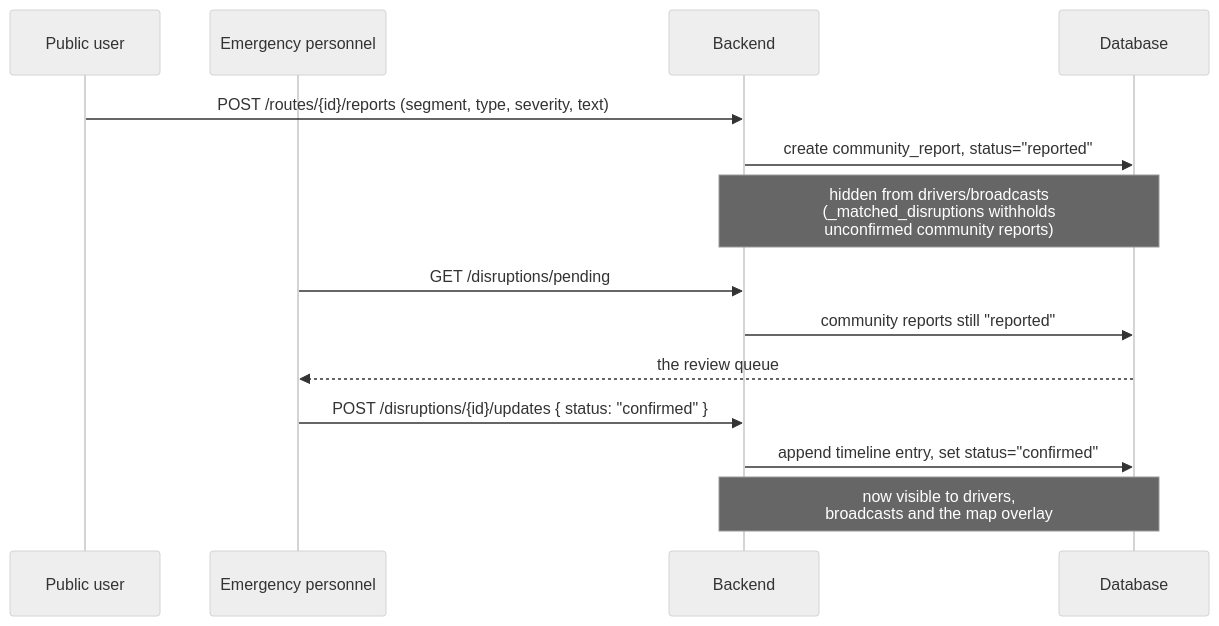
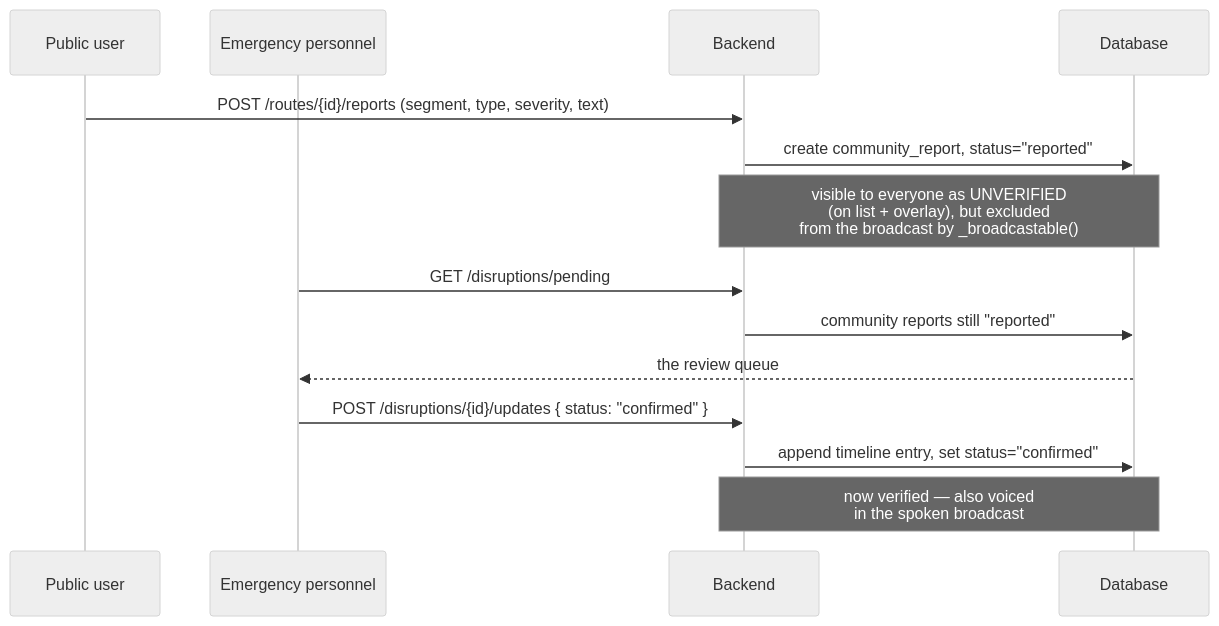
One commit to claraPochama/swiftly-mvp-road-disruption-intelligence-system changed the eighth of 9 diagrams in backend/Swiftly_Backend_Documentation.md. Above: the diagram before and after it, drawn with Mermaid (neutral theme). The commit also changed other lines of this file and 2 other files, not shown here.

Commit message:
Made unverified report visible

````diff
--- a/backend/Swiftly_Backend_Documentation.md
+++ b/backend/Swiftly_Backend_Documentation.md
@@ -343,16 +341,16 @@
 ```mermaid
 sequenceDiagram
     participant PU as Public user
     participant EP as Emergency personnel
     participant API as Backend
     participant DB as Database
     PU->>API: POST /routes/{id}/reports (segment, type, severity, text)
     API->>DB: create community_report, status="reported"
-    Note over API,DB: hidden from drivers/broadcasts<br/>(_matched_disruptions withholds<br/>unconfirmed community reports)
+    Note over API,DB: visible to everyone as UNVERIFIED<br/>(on list + overlay), but excluded<br/>from the broadcast by _broadcastable()
     EP->>API: GET /disruptions/pending
     API->>DB: community reports still "reported"
     DB-->>EP: the review queue
     EP->>API: POST /disruptions/{id}/updates { status: "confirmed" }
     API->>DB: append timeline entry, set status="confirmed"
-    Note over API,DB: now visible to drivers,<br/>broadcasts and the map overlay
+    Note over API,DB: now verified — also voiced<br/>in the spoken broadcast
 ```
````
